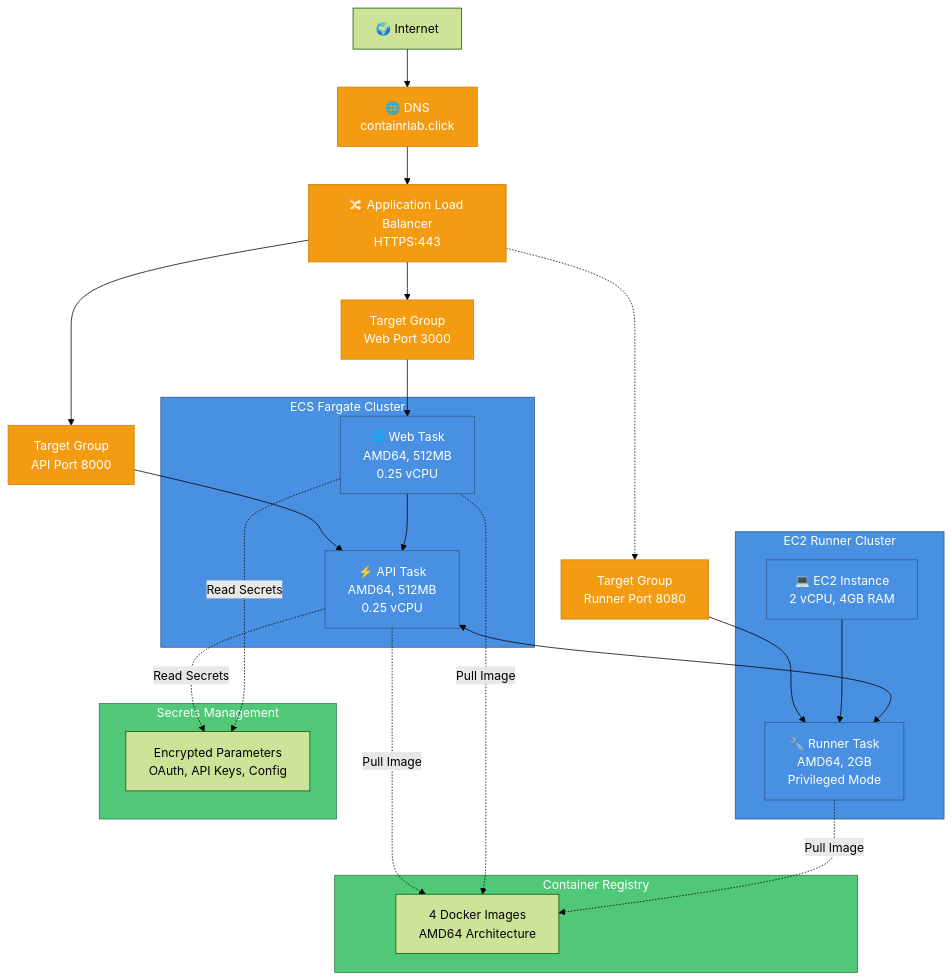
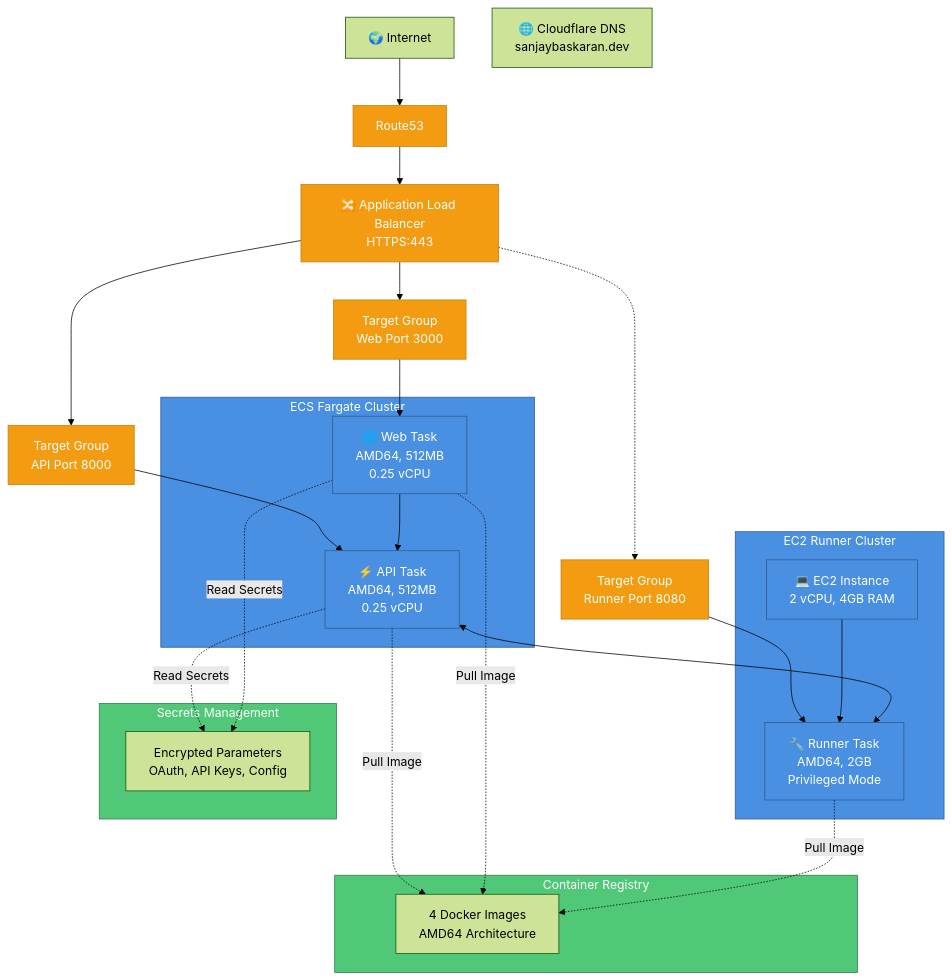
One commit to sanjayb-28/ContainrLab changed the fourth of 5 diagrams in docs/ARCHITECTURE.md. Above: the diagram before and after it, drawn with Mermaid (forest theme). The commit also changed other lines of this file and 5 other files, not shown here.

First line of the commit message:
ci: redeploy on sanjaybaskaran.dev with parameterized hostnames

````diff
--- a/docs/ARCHITECTURE.md
+++ b/docs/ARCHITECTURE.md
@@ -265,61 +265,61 @@
 ```mermaid
 graph TB
     Internet[🌍 Internet]
     
-    Route53[🌐 DNS<br/>containrlab.click]
+    DNS[🌐 Cloudflare DNS<br/>sanjaybaskaran.dev]
     
     ALB[🔀 Application Load Balancer<br/>HTTPS:443]
     
     TG_API[Target Group<br/>API Port 8000]
     TG_WEB[Target Group<br/>Web Port 3000]
     TG_RUNNER[Target Group<br/>Runner Port 8080]
     
     subgraph Fargate["ECS Fargate Cluster"]
         API_Task[⚡ API Task<br/>AMD64, 512MB<br/>0.25 vCPU]
         WEB_Task[🌐 Web Task<br/>AMD64, 512MB<br/>0.25 vCPU]
     end
     
     subgraph EC2_Cluster["EC2 Runner Cluster"]
         EC2[💻 EC2 Instance<br/>2 vCPU, 4GB RAM]
         Runner_Task[🔧 Runner Task<br/>AMD64, 2GB<br/>Privileged Mode]
     end
     
     subgraph ECR["Container Registry"]
         ECR_Images[4 Docker Images<br/>AMD64 Architecture]
     end
     
     subgraph SSM["Secrets Management"]
         SSM_Params[Encrypted Parameters<br/>OAuth, API Keys, Config]
     end
     
     Internet --> Route53
     Route53 --> ALB
     
     ALB --> TG_API
     ALB --> TG_WEB
     ALB -.-> TG_RUNNER
     
     TG_API --> API_Task
     TG_WEB --> WEB_Task
     TG_RUNNER --> Runner_Task
     
     EC2 --> Runner_Task
     
     API_Task <--> Runner_Task
     WEB_Task --> API_Task
     
     API_Task -.->|Pull Image| ECR_Images
     WEB_Task -.->|Pull Image| ECR_Images
     Runner_Task -.->|Pull Image| ECR_Images
     
     API_Task -.->|Read Secrets| SSM_Params
     WEB_Task -.->|Read Secrets| SSM_Params
     
     classDef network fill:#f39c12,stroke:#c87f0a,color:#fff
     classDef compute fill:#4a90e2,stroke:#2d5a8c,color:#fff
     classDef storage fill:#50c878,stroke:#2d7a4a,color:#fff
     
     class Route53,ALB,TG_API,TG_WEB,TG_RUNNER network
     class Fargate,EC2_Cluster,API_Task,WEB_Task,EC2,Runner_Task compute
     class ECR,SSM storage
 ```
````
